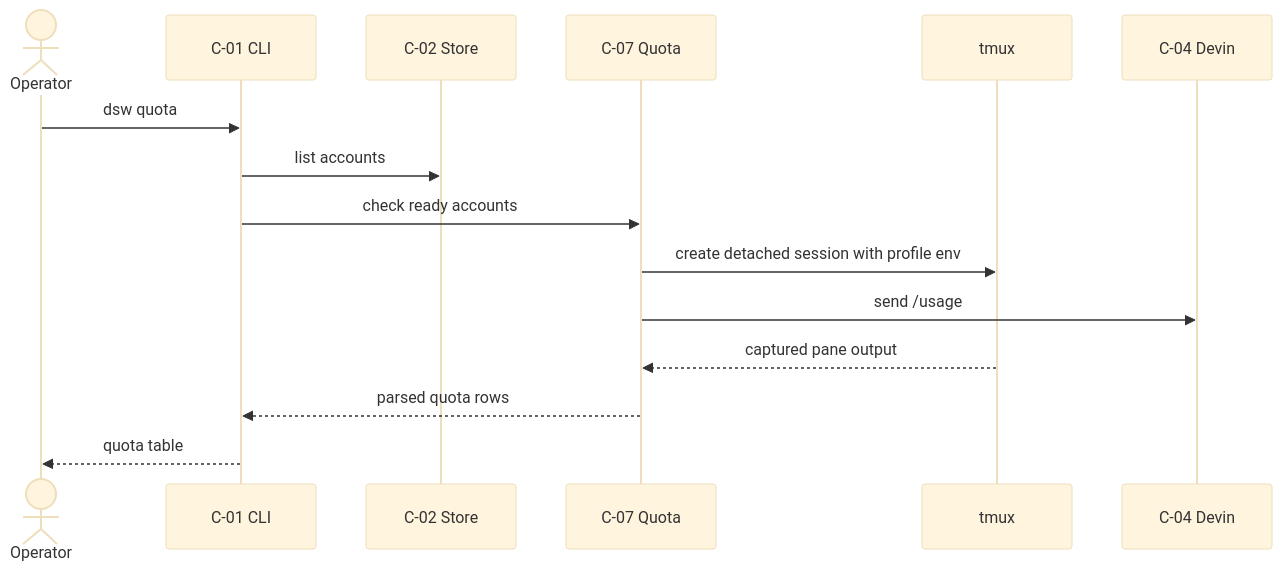
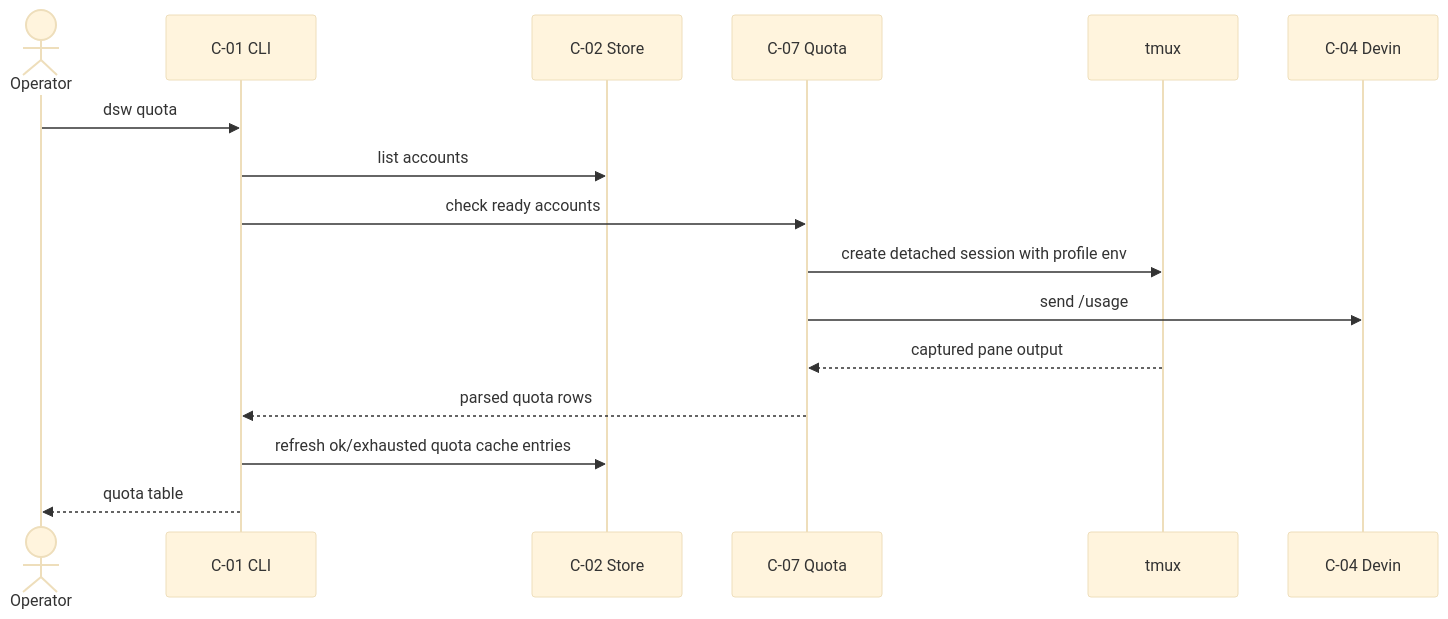
The fifth of 6 diagrams in docs/ARCHITECTURE.md (itsddvn/dws), drawn with Mermaid (base theme) before and after one commit. The commit also changed other lines of this file and 9 other files, not shown here.

````diff
--- a/docs/ARCHITECTURE.md
+++ b/docs/ARCHITECTURE.md
@@ -215,17 +217,18 @@
 ```mermaid
 sequenceDiagram
     actor Operator
     participant CLI as C-01 CLI
     participant Store as C-02 Store
     participant Quota as C-07 Quota
     participant Tmux as tmux
     participant Devin as C-04 Devin
     Operator->>CLI: dsw quota
     CLI->>Store: list accounts
     CLI->>Quota: check ready accounts
     Quota->>Tmux: create detached session with profile env
     Quota->>Devin: send /usage
     Tmux-->>Quota: captured pane output
     Quota-->>CLI: parsed quota rows
+    CLI->>Store: refresh ok/exhausted quota cache entries
     CLI-->>Operator: quota table
 ```
````
